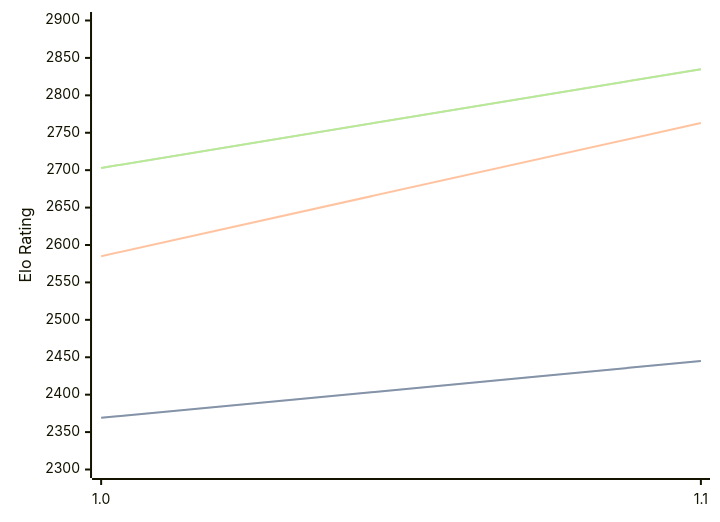
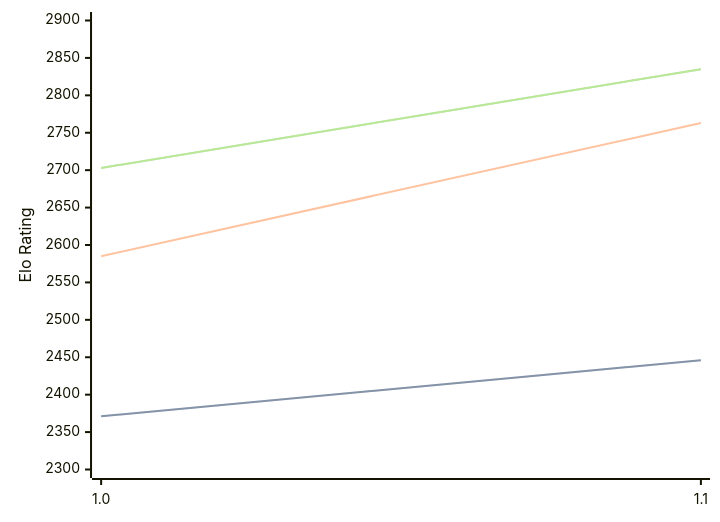
Before and after one commit to computer-chess-index/cci: the diagram in engines/FoxChess.md, drawn with Mermaid. The commit also changed other lines of this file, not shown here.

````diff
--- a/engines/FoxChess.md
+++ b/engines/FoxChess.md
@@ -32,11 +32,11 @@
 ```mermaid
 %%{init: {"theme":"base","themeVariables":{"seriesColors:['#a3a3a3','#222221','#faa371']}}}%%
 xychart-beta
   x-axis ["1.0", "1.1"]
   y-axis "Elo Rating" 2300 --> 2900
-  line "STC (8.0+0.08s)" [2369, 2445]
-  line "STC (8.0+0.08s)" [2369, 2445]
+  line "STC (8.0+0.08s)" [2371, 2446]
+  line "STC (8.0+0.08s)" [2371, 2446]
   line "LTC (60.0+0.60s)" [2585, 2763]
   line "VLTC (2m24s+1.12s)" [2703, 2835]
   line "VLTC (2m24s+1.12s)" [2703, 2835]
 ```
````
